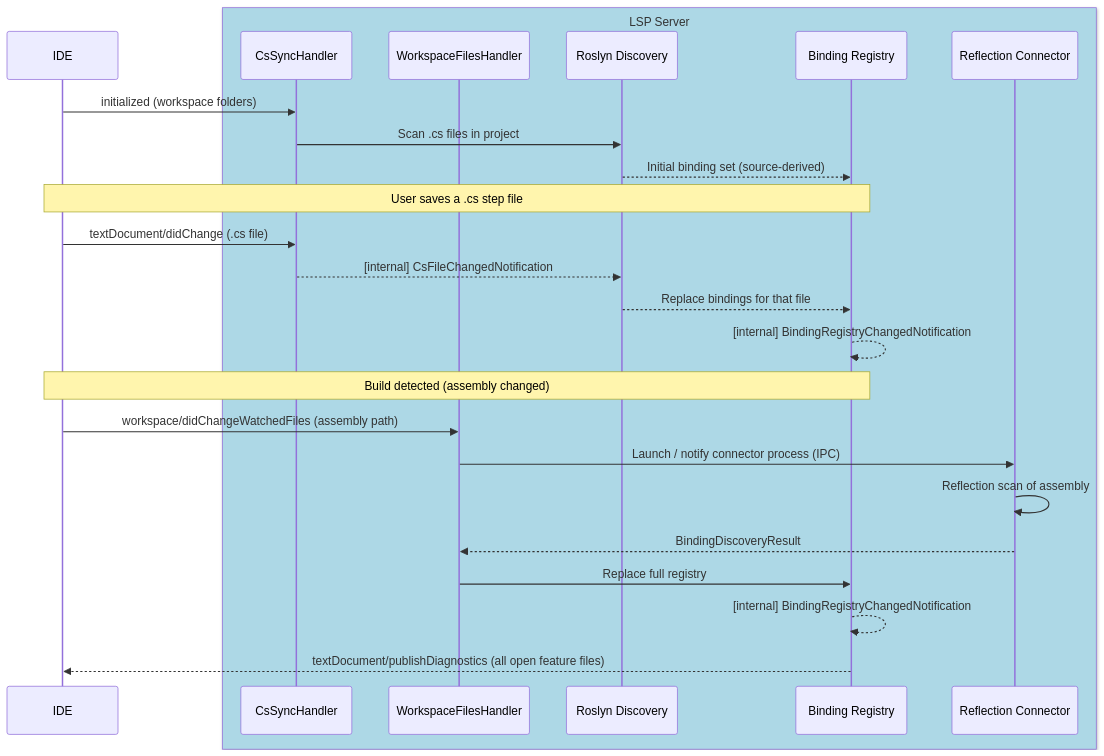
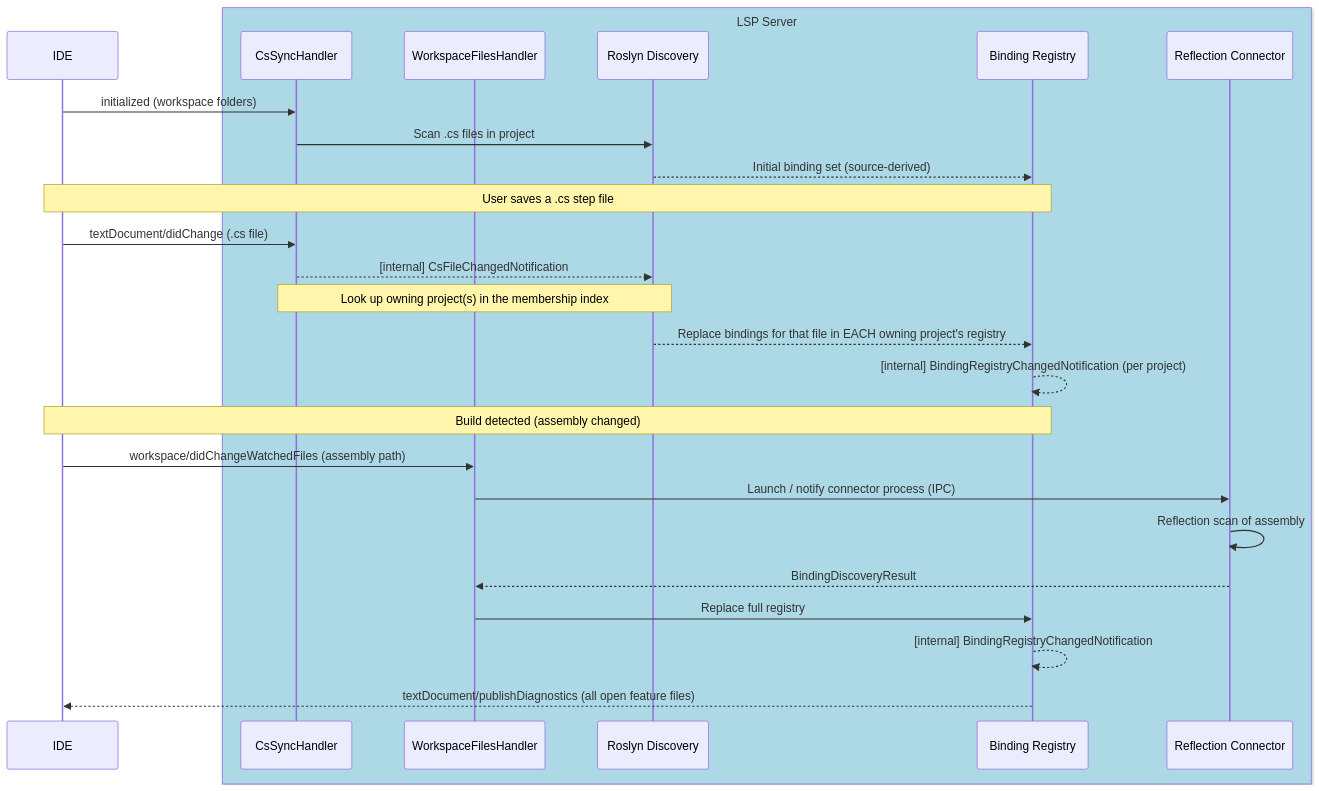
The third of 19 diagrams in docs/LSP-IDE-Support-Design.md (clrudolphi/Reqnroll.IdeSupport), drawn with Mermaid before and after one commit. The commit also changed other lines of this file and 1 other file, not shown here.

````diff
--- a/docs/LSP-IDE-Support-Design.md
+++ b/docs/LSP-IDE-Support-Design.md
@@ -1094,31 +1178,32 @@
 ```mermaid
 sequenceDiagram
     participant IDE
 
     box LightBlue LSP Server
         participant CSS as CsSyncHandler
         participant WFH as WorkspaceFilesHandler
         participant RD as Roslyn Discovery
         participant BR as Binding Registry
         participant Connector as Reflection Connector
     end
 
     IDE->>CSS: initialized (workspace folders)
     CSS->>RD: Scan .cs files in project
     RD-->>BR: Initial binding set (source-derived)
 
     Note over IDE,BR: User saves a .cs step file
     IDE->>CSS: textDocument/didChange (.cs file)
     CSS-->>RD: [internal] CsFileChangedNotification
-    RD-->>BR: Replace bindings for that file
-    BR-->>BR: [internal] BindingRegistryChangedNotification
+    Note over CSS,RD: Look up owning project(s) in the membership index
+    RD-->>BR: Replace bindings for that file in EACH owning project's registry
+    BR-->>BR: [internal] BindingRegistryChangedNotification (per project)
 
     Note over IDE,BR: Build detected (assembly changed)
     IDE->>WFH: workspace/didChangeWatchedFiles (assembly path)
     WFH->>Connector: Launch / notify connector process (IPC)
     Connector->>Connector: Reflection scan of assembly
     Connector-->>WFH: BindingDiscoveryResult
     WFH->>BR: Replace full registry
     BR-->>BR: [internal] BindingRegistryChangedNotification
     BR-->>IDE: textDocument/publishDiagnostics (all open feature files)
 ```
````
